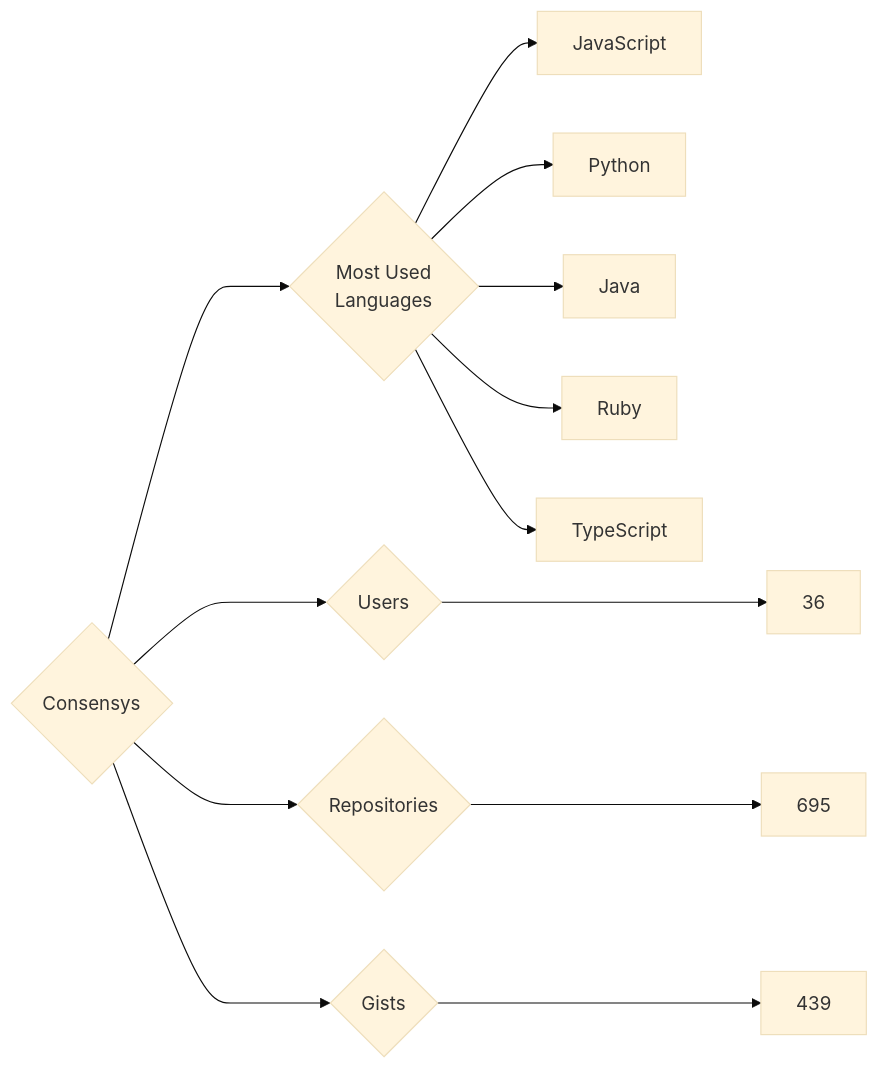
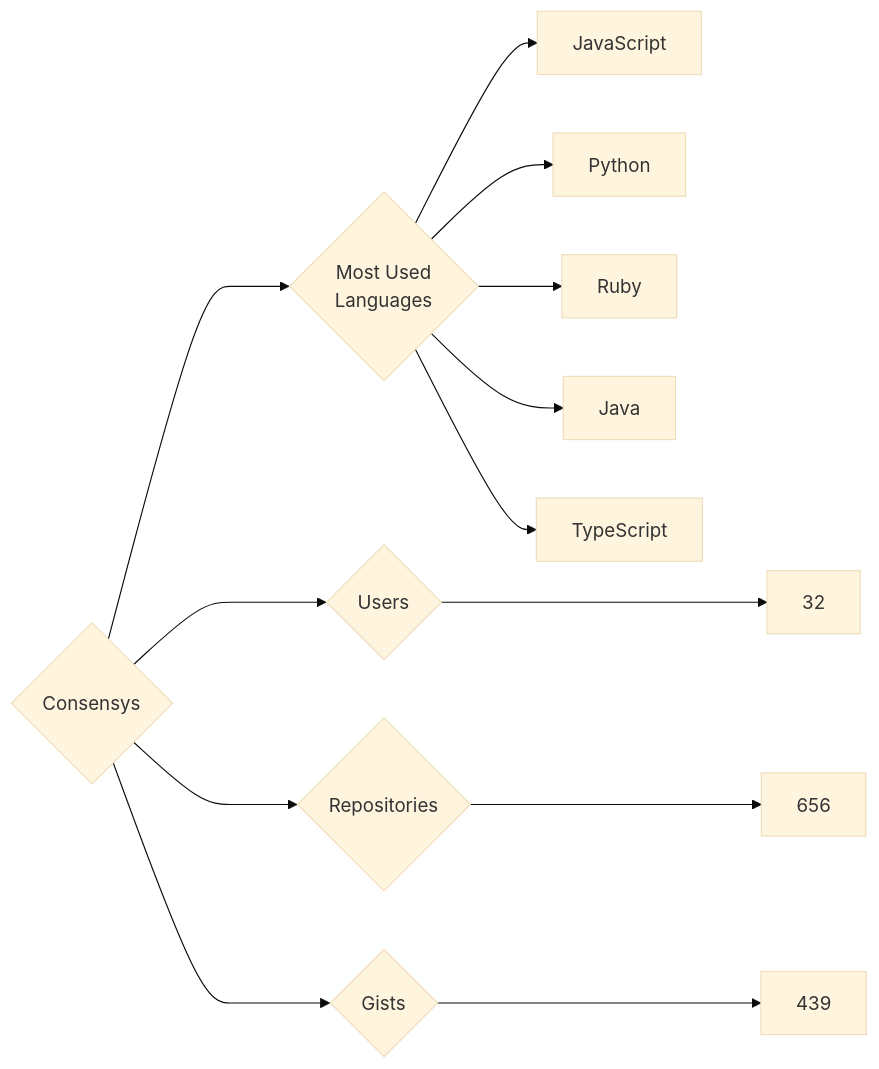
The diagram in targets/Consensys/README.md (trickest/insiders), drawn with Mermaid (base theme) before and after one commit. The commit also changed 1084 other files, not shown here.

````diff
--- a/targets/Consensys/README.md
+++ b/targets/Consensys/README.md
@@ -3,13 +3,13 @@
 ```mermaid
 graph LR
 COMPANY_NAME{Consensys}
-COMPANY_NAME ---> U{Users} ---> UN[36]
-COMPANY_NAME ---> R{Repositories} ---> RN[695]
+COMPANY_NAME ---> U{Users} ---> UN[32]
+COMPANY_NAME ---> R{Repositories} ---> RN[656]
 COMPANY_NAME ---> G{Gists} ---> GN[439]
 COMPANY_NAME ---> ML{Most Used<br>Languages}
 ML --> JavaScript[JavaScript]
 ML --> Python[Python]
+ML --> Ruby[Ruby]
 ML --> Java[Java]
-ML --> Ruby[Ruby]
 ML --> TypeScript[TypeScript]
 ```
````
